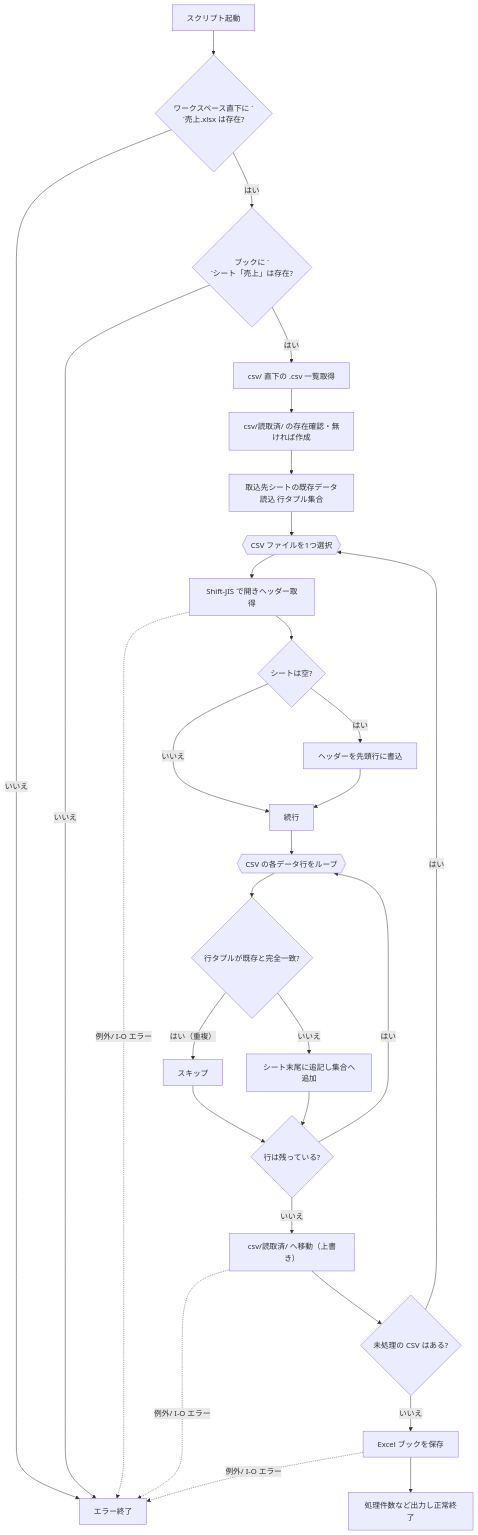
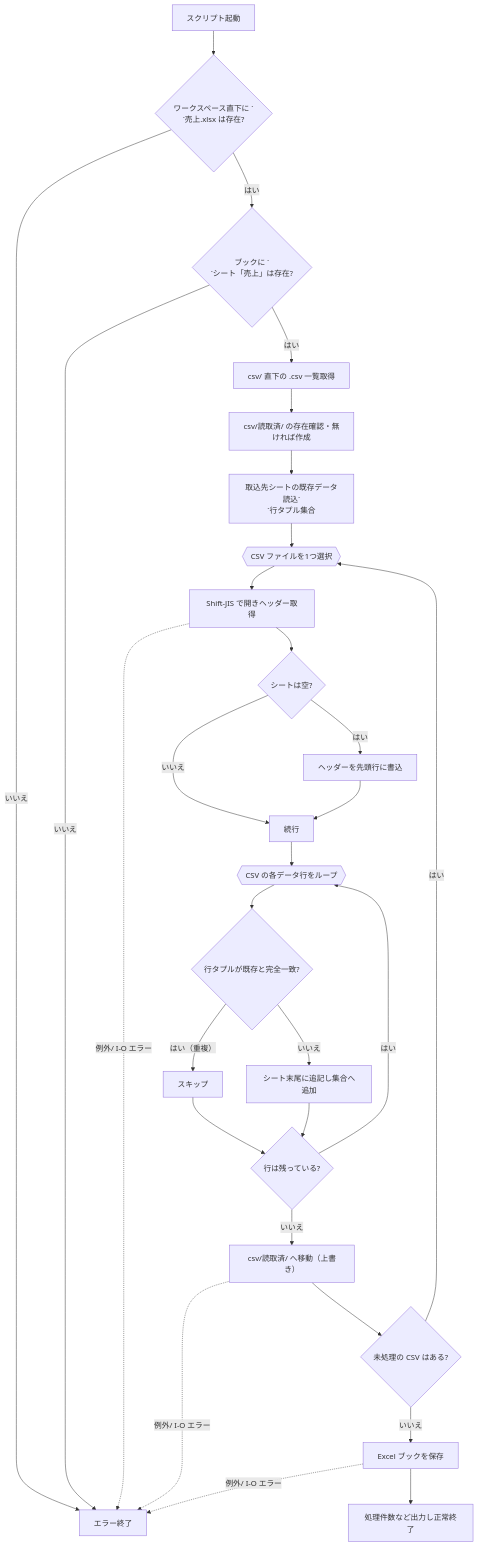
One commit to ykominami/cursor_excel_py changed the diagram in todo.md. Above: the diagram before and after it, drawn with Mermaid.

````diff
--- a/todo.md
+++ b/todo.md
@@ -34,37 +34,37 @@
 ```mermaid
 
 flowchart TD
 A[スクリプト起動] --> B{ワークスペース直下に `<br/>`売上.xlsx は存在?}
 B -- いいえ --> E[エラー終了]
 B -- はい --> C{ブックに `<br/>`シート「売上」は存在?}
 C -- いいえ --> E
 C -- はい --> D[ csv/ 直下の .csv 一覧取得]
 D --> F[ csv/読取済/ の存在確認・無ければ作成]
 
-F --> G[ 取込先シートの既存データ読込 行タプル集合]
+F --> G[ 取込先シートの既存データ読込`<br/>`行タプル集合]
 
 G --> H{{CSV ファイルを1つ選択}}
 H --> I[Shift-JIS で開きヘッダー取得]
 I --> J{シートは空?}
 J -- はい --> K[ヘッダーを先頭行に書込]
 J -- いいえ --> L[続行]
 K --> L
 L --> M{{CSV の各データ行をループ}}
 M --> N{行タプルが既存と完全一致?}
 N -- はい（重複） --> O[スキップ]
 N -- いいえ --> P[シート末尾に追記し集合へ追加]
 O --> Q{行は残っている?}
 P --> Q
 Q -- はい --> M
 Q -- いいえ --> S[csv/読取済/ へ移動（上書き）]
 S --> T{未処理の CSV はある?}
 T -- はい --> H
 T -- いいえ --> U[Excel ブックを保存]
 U --> V[処理件数など出力し正常終了]
 
     %% 例外・I/O エラーは任意地点からエラー終了へ
     I -. 例外/ I-O エラー .-> E
     S -. 例外/ I-O エラー .-> E
     U -. 例外/ I-O エラー .-> E
 
 ```
````
